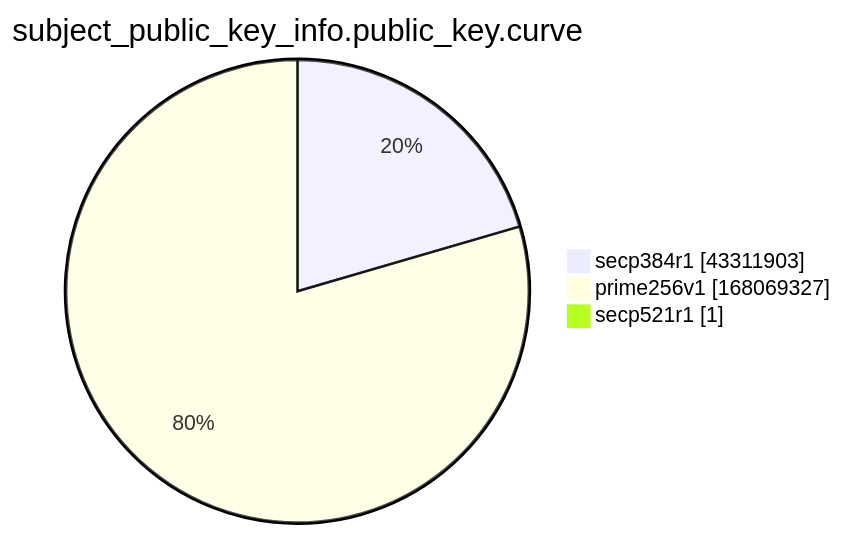
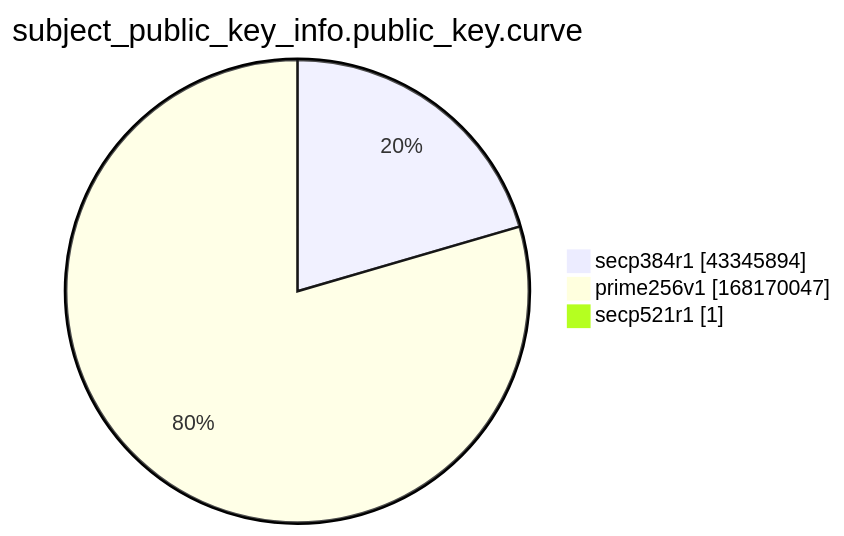
One commit to christiankrug/ctmonitor_visualization changed the ninth of 15 diagrams in xenon2022/README.md. Above: the diagram before and after it, drawn with Mermaid. The commit also changed other lines of this file, not shown here.

````diff
--- a/xenon2022/README.md
+++ b/xenon2022/README.md
@@ -2870,7 +2870,7 @@
 ```mermaid
 pie showData
 title subject_public_key_info.public_key.curve
-"secp384r1" :43311903
-"prime256v1" :168069327
+"secp384r1" :43345894
+"prime256v1" :168170047
 "secp521r1" :1
 ```
````
